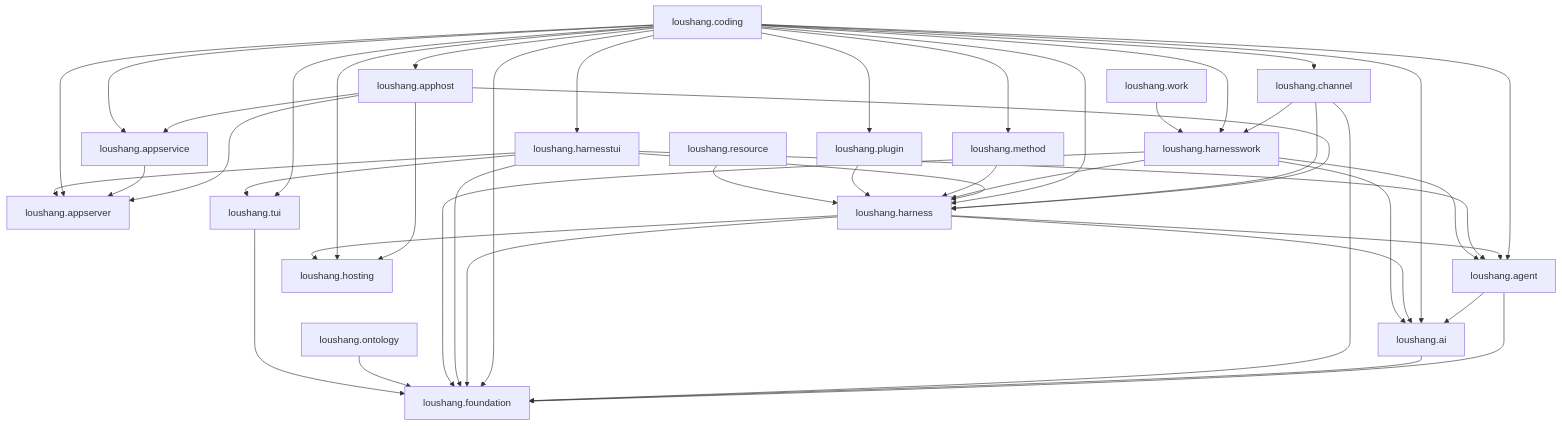
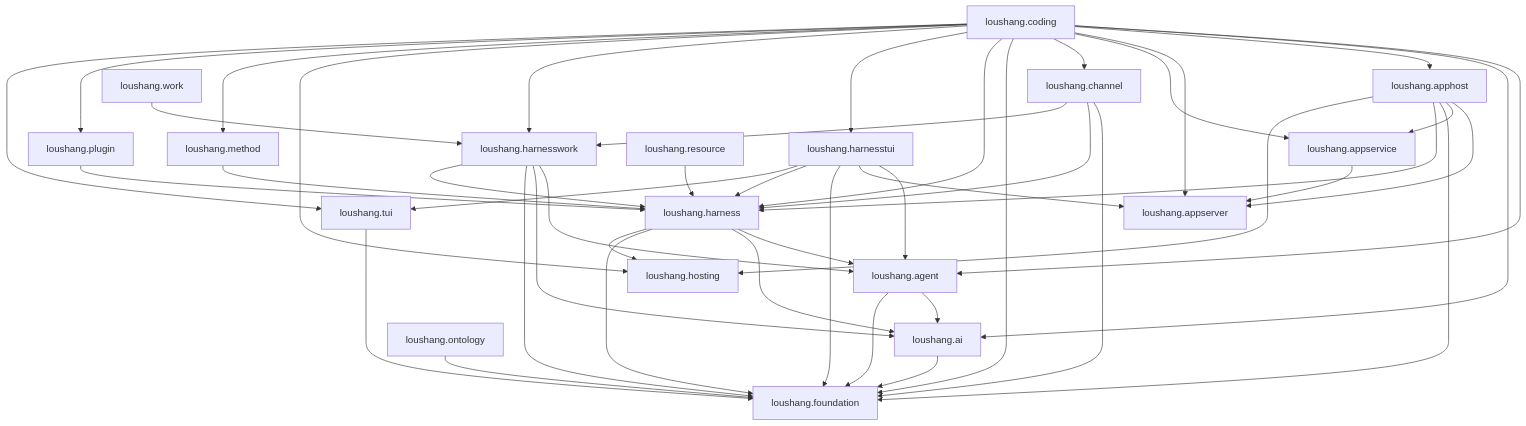
Before and after one commit to zhnt/loushang: the diagram in docs/internals/architecture/generated/current-package-dependencies.md, drawn with Mermaid. The commit also changed other lines of this file and 25 other files, not shown here.

Commit message:
docs(architecture): record managed lmux boundaries

````diff
--- a/docs/internals/architecture/generated/current-package-dependencies.md
+++ b/docs/internals/architecture/generated/current-package-dependencies.md
@@ -27,66 +27,67 @@
 ```mermaid
 graph TD
     PKG_AGENT["loushang.agent"]
     PKG_AI["loushang.ai"]
     PKG_APPHOST["loushang.apphost"]
     PKG_APPSERVER["loushang.appserver"]
     PKG_APPSERVICE["loushang.appservice"]
     PKG_CHANNEL["loushang.channel"]
     PKG_CODING["loushang.coding"]
     PKG_FOUNDATION["loushang.foundation"]
     PKG_HARNESS["loushang.harness"]
     PKG_HARNESSTUI["loushang.harnesstui"]
     PKG_HARNESSWORK["loushang.harnesswork"]
     PKG_HOSTING["loushang.hosting"]
     PKG_METHOD["loushang.method"]
     PKG_ONTOLOGY["loushang.ontology"]
     PKG_PLUGIN["loushang.plugin"]
     PKG_RESOURCE["loushang.resource"]
     PKG_TUI["loushang.tui"]
     PKG_WORK["loushang.work"]
 
     PKG_AGENT --> PKG_AI
     PKG_AGENT --> PKG_FOUNDATION
     PKG_AI --> PKG_FOUNDATION
     PKG_APPHOST --> PKG_APPSERVER
     PKG_APPHOST --> PKG_APPSERVICE
+    PKG_APPHOST --> PKG_FOUNDATION
     PKG_APPHOST --> PKG_HARNESS
     PKG_APPHOST --> PKG_HOSTING
     PKG_APPSERVICE --> PKG_APPSERVER
     PKG_CHANNEL --> PKG_FOUNDATION
     PKG_CHANNEL --> PKG_HARNESS
     PKG_CHANNEL --> PKG_HARNESSWORK
     PKG_CODING --> PKG_AGENT
     PKG_CODING --> PKG_AI
     PKG_CODING --> PKG_APPHOST
     PKG_CODING --> PKG_APPSERVER
     PKG_CODING --> PKG_APPSERVICE
     PKG_CODING --> PKG_CHANNEL
     PKG_CODING --> PKG_FOUNDATION
     PKG_CODING --> PKG_HARNESS
     PKG_CODING --> PKG_HARNESSTUI
     PKG_CODING --> PKG_HARNESSWORK
     PKG_CODING --> PKG_HOSTING
     PKG_CODING --> PKG_METHOD
     PKG_CODING --> PKG_PLUGIN
     PKG_CODING --> PKG_TUI
     PKG_HARNESS --> PKG_AGENT
     PKG_HARNESS --> PKG_AI
     PKG_HARNESS --> PKG_FOUNDATION
     PKG_HARNESS --> PKG_HOSTING
     PKG_HARNESSTUI --> PKG_AGENT
     PKG_HARNESSTUI --> PKG_APPSERVER
     PKG_HARNESSTUI --> PKG_FOUNDATION
     PKG_HARNESSTUI --> PKG_HARNESS
     PKG_HARNESSTUI --> PKG_TUI
     PKG_HARNESSWORK --> PKG_AGENT
     PKG_HARNESSWORK --> PKG_AI
     PKG_HARNESSWORK --> PKG_FOUNDATION
     PKG_HARNESSWORK --> PKG_HARNESS
     PKG_METHOD --> PKG_HARNESS
     PKG_ONTOLOGY --> PKG_FOUNDATION
     PKG_PLUGIN --> PKG_HARNESS
     PKG_RESOURCE --> PKG_HARNESS
     PKG_TUI --> PKG_FOUNDATION
     PKG_WORK --> PKG_HARNESSWORK
 ```
````
